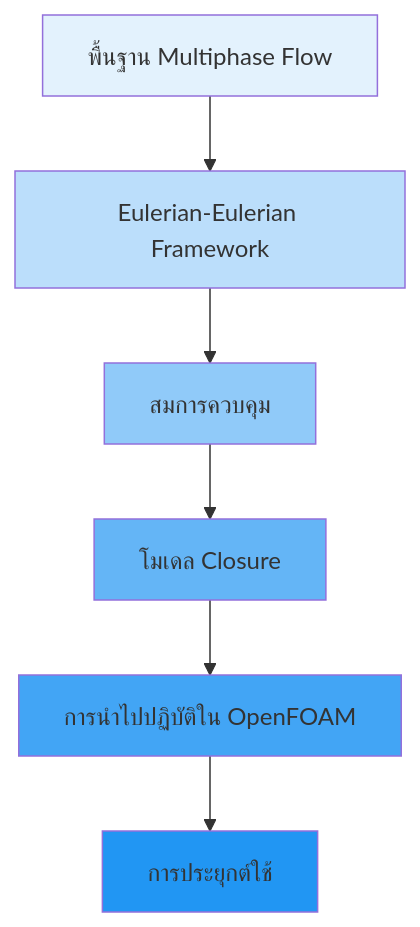
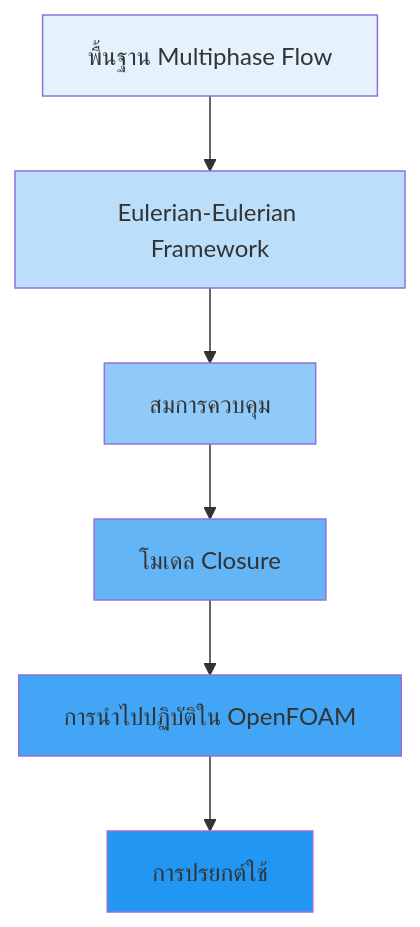
One commit to wramet/build-my-cfd changed the first of 2 diagrams in MODULE_04_MULTIPHASE_FUNDAMENTALS/CONTENT/01_EULERIAN_FOUNDATIONS/00_Overview.md. Above: the diagram before and after it, drawn with Mermaid. The commit also changed other lines of this file and 2996 other files, not shown here.

````diff
--- a/MODULE_04_MULTIPHASE_FUNDAMENTALS/CONTENT/01_EULERIAN_FOUNDATIONS/00_Overview.md
+++ b/MODULE_04_MULTIPHASE_FUNDAMENTALS/CONTENT/01_EULERIAN_FOUNDATIONS/00_Overview.md
@@ -7,15 +7,15 @@
 ```mermaid
 graph TB
     A[พื้นฐาน Multiphase Flow] --> B[Eulerian-Eulerian Framework]
     B --> C[สมการควบคุม]
     C --> D[โมเดล Closure]
     D --> E[การนำไปปฏิบัติใน OpenFOAM]
-    E --> F[การประยุกต์ใช้]
+    E --> F[การปรยกต์ใช้]
 
     style A fill:#e3f2fd
     style B fill:#bbdefb
     style C fill:#90caf9
     style D fill:#64b5f6
     style E fill:#42a5f5
     style F fill:#2196f3
 ```
````
